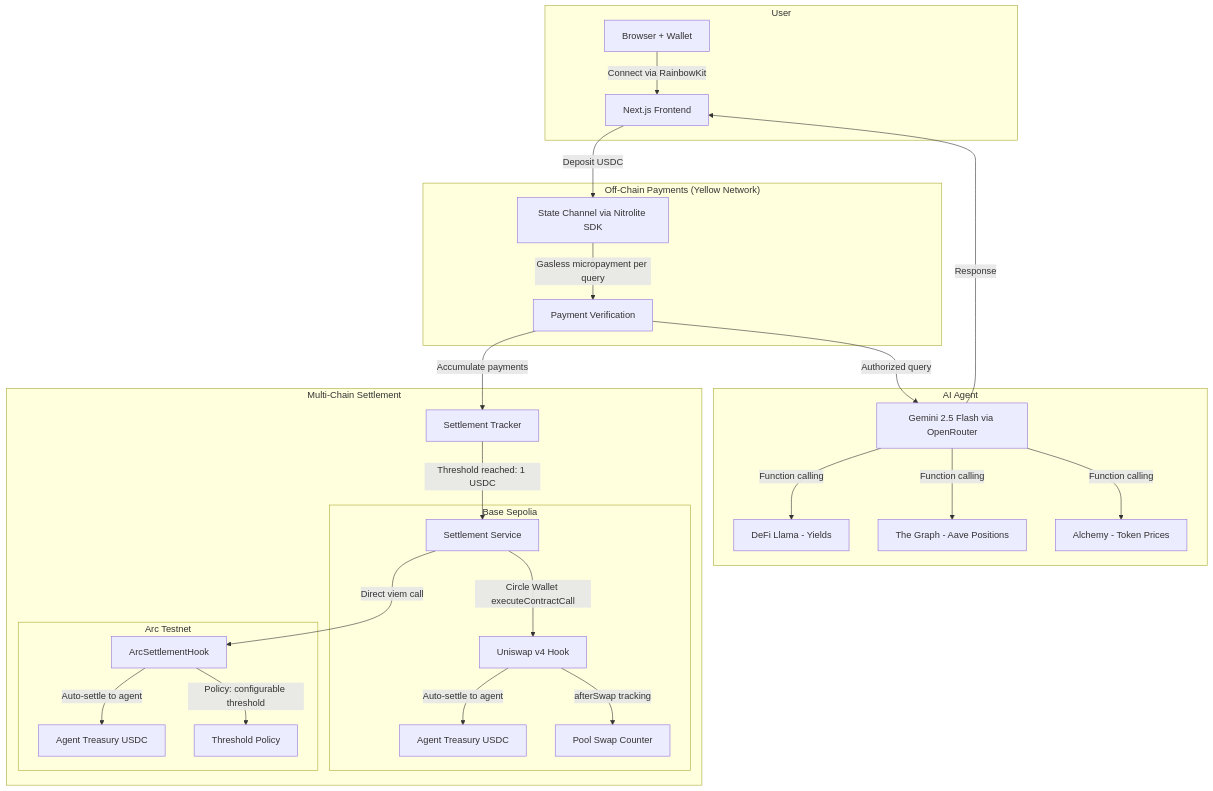
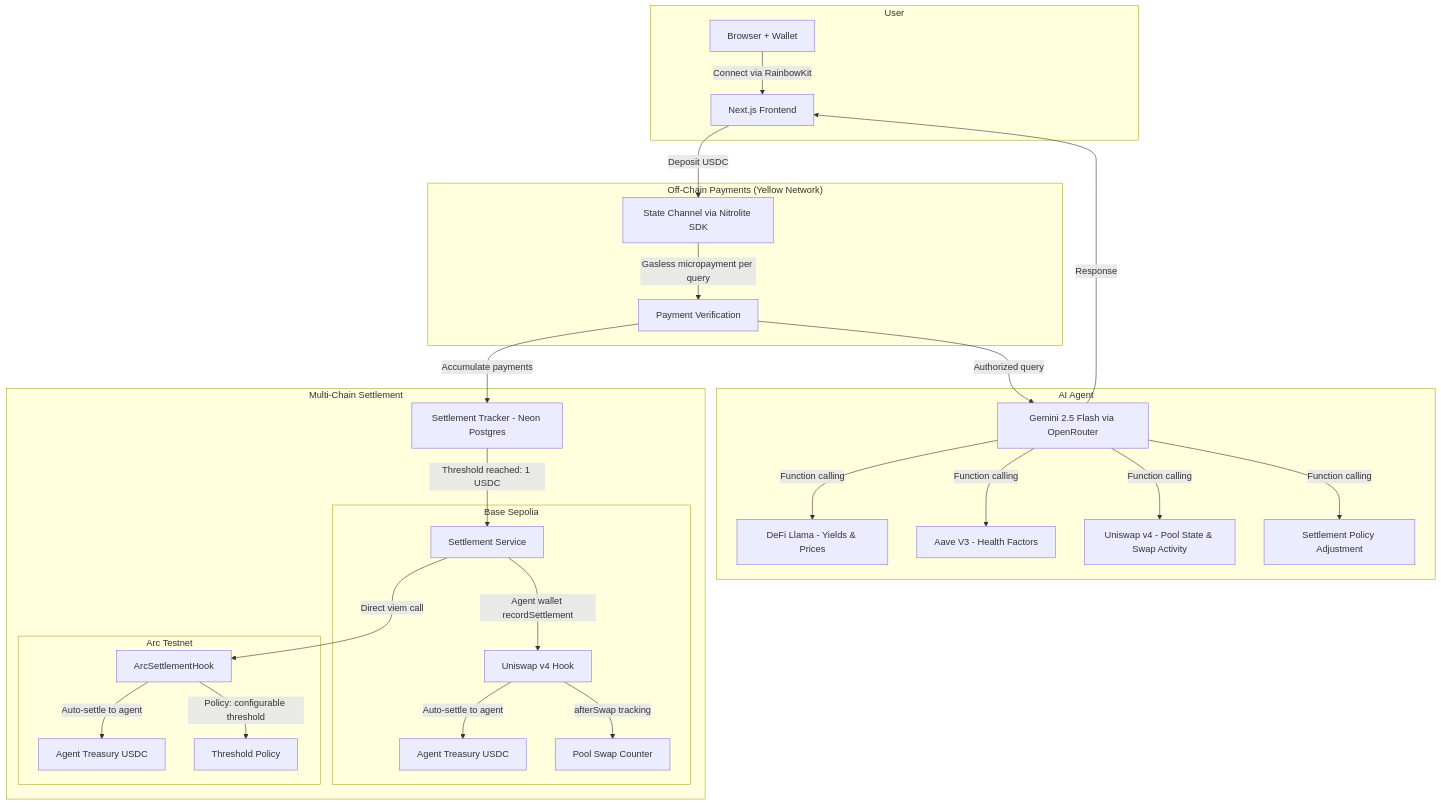
Before and after one commit to kshitij-hash/QueryFi: the diagram in README.md, drawn with Mermaid. The commit also changed other lines of this file, not shown here.

````diff
--- a/README.md
+++ b/README.md
@@ -27,36 +27,37 @@
 ```mermaid
 graph TB
     subgraph User
         A[Browser + Wallet] -->|Connect via RainbowKit| B[Next.js Frontend]
     end
 
     subgraph "Off-Chain Payments (Yellow Network)"
         B -->|Deposit USDC| C[State Channel via Nitrolite SDK]
         C -->|Gasless micropayment per query| D[Payment Verification]
     end
 
     subgraph "AI Agent"
         D -->|Authorized query| E[Gemini 2.5 Flash via OpenRouter]
-        E -->|Function calling| F[DeFi Llama - Yields]
-        E -->|Function calling| G[The Graph - Aave Positions]
-        E -->|Function calling| H[Alchemy - Token Prices]
+        E -->|Function calling| F[DeFi Llama - Yields & Prices]
+        E -->|Function calling| G[Aave V3 - Health Factors]
+        E -->|Function calling| H[Uniswap v4 - Pool State & Swap Activity]
+        E -->|Function calling| H2[Settlement Policy Adjustment]
         E -->|Response| B
     end
 
     subgraph "Multi-Chain Settlement"
-        D -->|Accumulate payments| I[Settlement Tracker]
+        D -->|Accumulate payments| I[Settlement Tracker - Neon Postgres]
         I -->|Threshold reached: 1 USDC| J[Settlement Service]
 
         subgraph "Base Sepolia"
-            J -->|Circle Wallet executeContractCall| K[Uniswap v4 Hook]
+            J -->|Agent wallet recordSettlement| K[Uniswap v4 Hook]
             K -->|Auto-settle to agent| L[Agent Treasury USDC]
             K -->|afterSwap tracking| M[Pool Swap Counter]
         end
 
         subgraph "Arc Testnet"
             J -->|Direct viem call| N[ArcSettlementHook]
             N -->|Auto-settle to agent| O[Agent Treasury USDC]
             N -->|Policy: configurable threshold| P[Threshold Policy]
         end
     end
 ```
````
